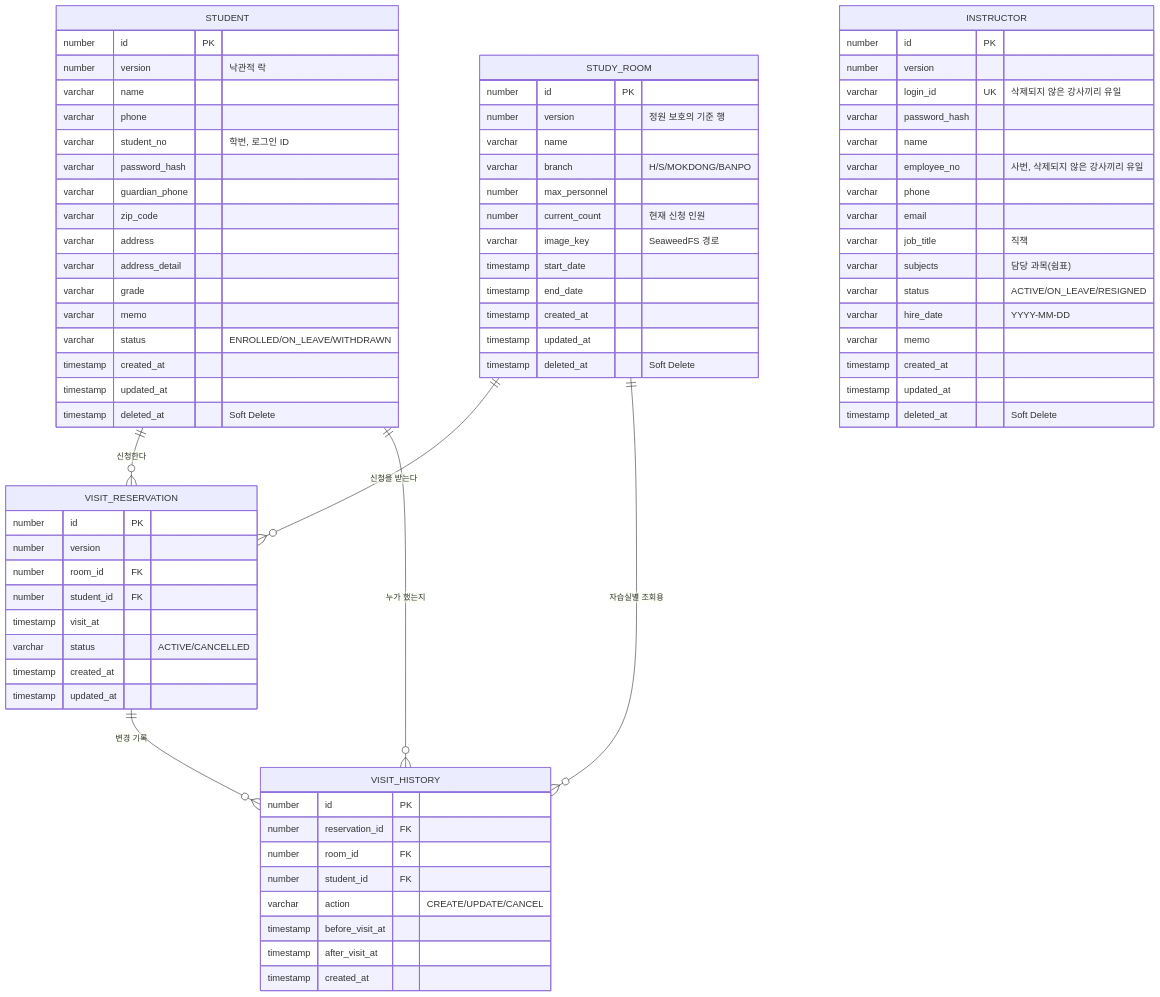
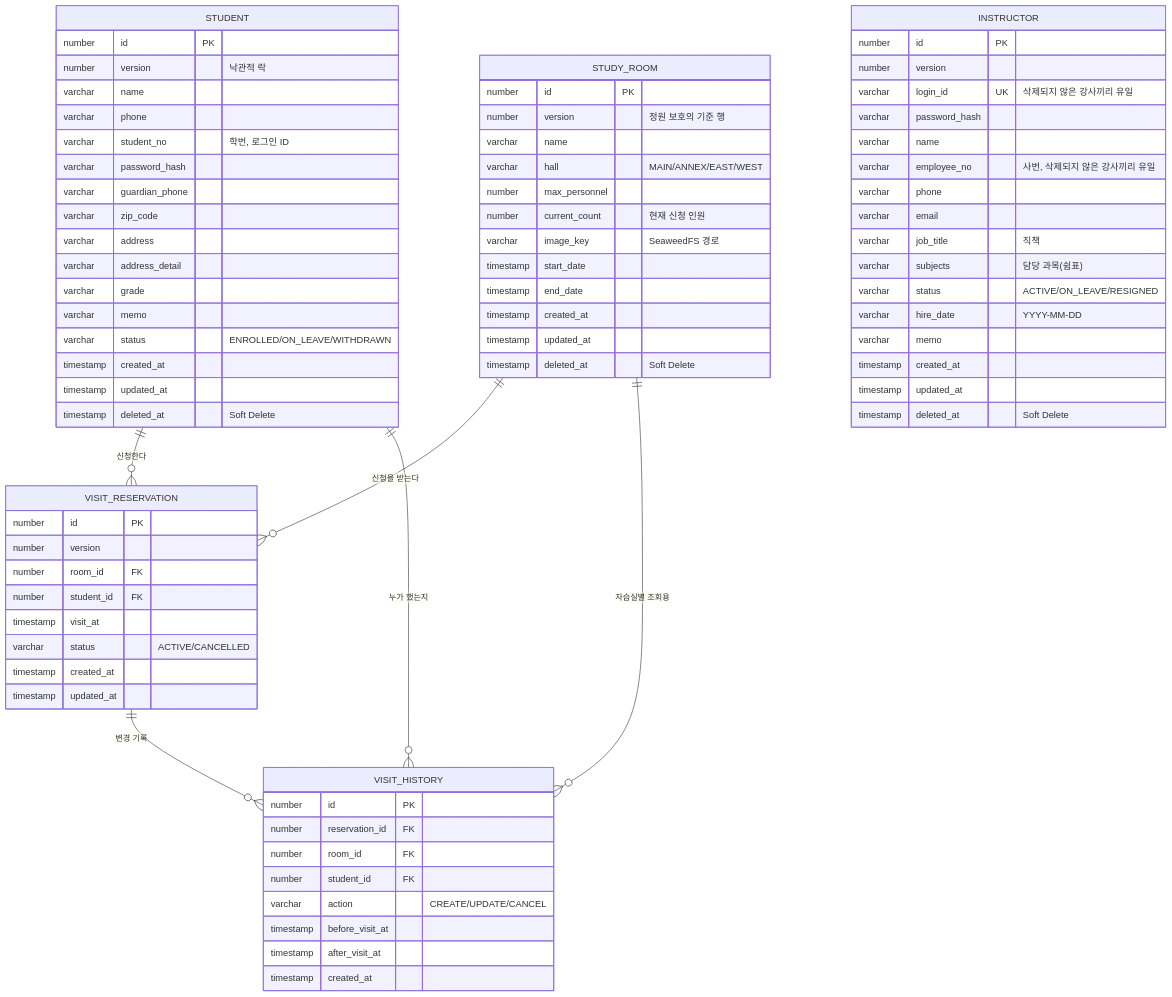
Before and after one commit to youngeiya/study-room-reservation: the diagram in docs/03-데이터-모델.md, drawn with Mermaid. The commit also changed other lines of this file and 2 other files, not shown here.

````diff
--- a/docs/03-데이터-모델.md
+++ b/docs/03-데이터-모델.md
@@ -8,79 +8,79 @@
 ```mermaid
 erDiagram
   STUDENT ||--o{ VISIT_RESERVATION : "신청한다"
   STUDY_ROOM ||--o{ VISIT_RESERVATION : "신청을 받는다"
   VISIT_RESERVATION ||--o{ VISIT_HISTORY : "변경 기록"
   STUDY_ROOM ||--o{ VISIT_HISTORY : "자습실별 조회용"
   STUDENT ||--o{ VISIT_HISTORY : "누가 했는지"
 
   STUDENT {
     number id PK
     number version "낙관적 락"
     varchar name
     varchar phone
     varchar student_no "학번, 로그인 ID"
     varchar password_hash
     varchar guardian_phone
     varchar zip_code
     varchar address
     varchar address_detail
     varchar grade
     varchar memo
     varchar status "ENROLLED/ON_LEAVE/WITHDRAWN"
     timestamp created_at
     timestamp updated_at
     timestamp deleted_at "Soft Delete"
   }
   INSTRUCTOR {
     number id PK
     number version
     varchar login_id UK "삭제되지 않은 강사끼리 유일"
     varchar password_hash
     varchar name
     varchar employee_no "사번, 삭제되지 않은 강사끼리 유일"
     varchar phone
     varchar email
     varchar job_title "직책"
     varchar subjects "담당 과목(쉼표)"
     varchar status "ACTIVE/ON_LEAVE/RESIGNED"
     varchar hire_date "YYYY-MM-DD"
     varchar memo
     timestamp created_at
     timestamp updated_at
     timestamp deleted_at "Soft Delete"
   }
   STUDY_ROOM {
     number id PK
     number version "정원 보호의 기준 행"
     varchar name
-    varchar branch "H/S/MOKDONG/BANPO"
+    varchar hall "MAIN/ANNEX/EAST/WEST"
     number max_personnel
     number current_count "현재 신청 인원"
     varchar image_key "SeaweedFS 경로"
     timestamp start_date
     timestamp end_date
     timestamp created_at
     timestamp updated_at
     timestamp deleted_at "Soft Delete"
   }
   VISIT_RESERVATION {
     number id PK
     number version
     number room_id FK
     number student_id FK
     timestamp visit_at
     varchar status "ACTIVE/CANCELLED"
     timestamp created_at
     timestamp updated_at
   }
   VISIT_HISTORY {
     number id PK
     number reservation_id FK
     number room_id FK
     number student_id FK
     varchar action "CREATE/UPDATE/CANCEL"
     timestamp before_visit_at
     timestamp after_visit_at
     timestamp created_at
   }
 ```
````
